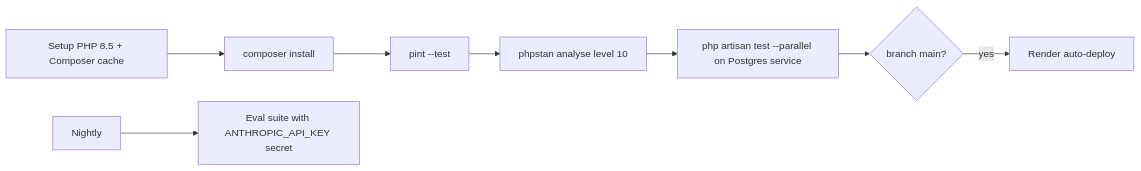
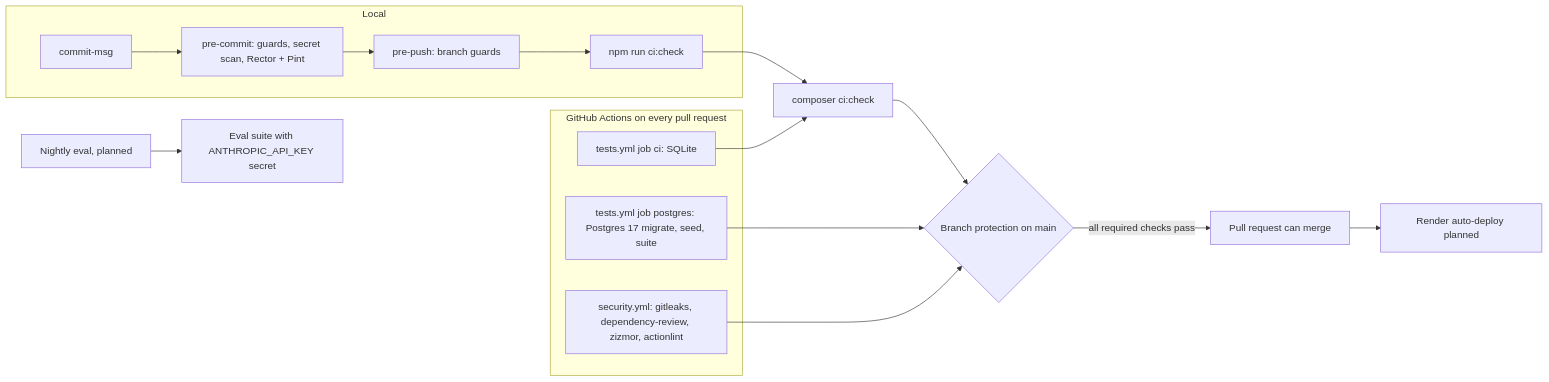
Before and after one commit to EHIBE/anti-body-paypal: the diagram in docs/development/testing-strategy.md, drawn with Mermaid. The commit also changed other lines of this file and 20 other files, not shown here.

Commit message:
docs: [ABP-9] Document quality gates, per-slice tests, CI jobs and security controls

````diff
--- a/docs/development/testing-strategy.md
+++ b/docs/development/testing-strategy.md
@@ -107,10 +155,21 @@
 ```mermaid
 flowchart LR
-  A[Setup PHP 8.5 + Composer cache] --> B[composer install]
-  B --> C[pint --test]
-  C --> D[phpstan analyse level 10]
-  D --> E[php artisan test --parallel on Postgres service]
-  E --> F{branch main?}
-  F -->|yes| G[Render auto-deploy]
-  H[Nightly] --> I[Eval suite with ANTHROPIC_API_KEY secret]
+  subgraph Local
+    CM[commit-msg] --> PC[pre-commit: guards, secret scan, Rector + Pint]
+    PC --> PP[pre-push: branch guards]
+    PP --> G[npm run ci:check]
+  end
+  G --> CK[composer ci:check]
+  subgraph GitHubActions[GitHub Actions on every pull request]
+    CI[tests.yml job ci: SQLite]
+    PG[tests.yml job postgres: Postgres 17 migrate, seed, suite]
+    SEC[security.yml: gitleaks, dependency-review, zizmor, actionlint]
+  end
+  CI --> CK
+  CK --> M{Branch protection on main}
+  PG --> M
+  SEC --> M
+  M -->|all required checks pass| MERGE[Pull request can merge]
+  MERGE --> R[Render auto-deploy planned]
+  N[Nightly eval, planned] --> E[Eval suite with ANTHROPIC_API_KEY secret]
 ```
````
